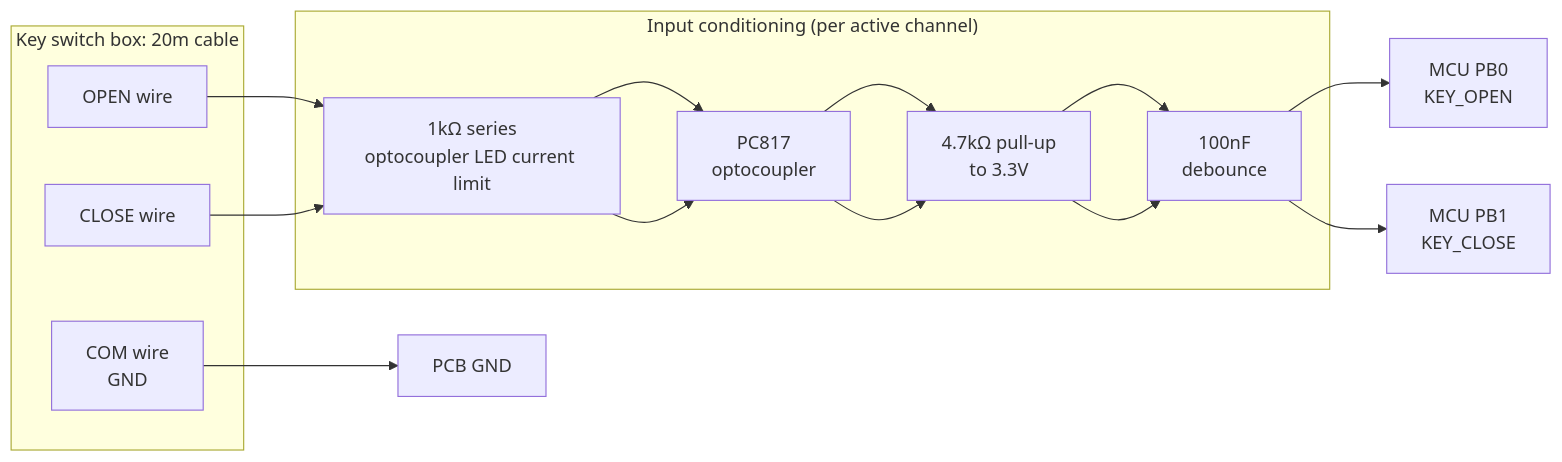
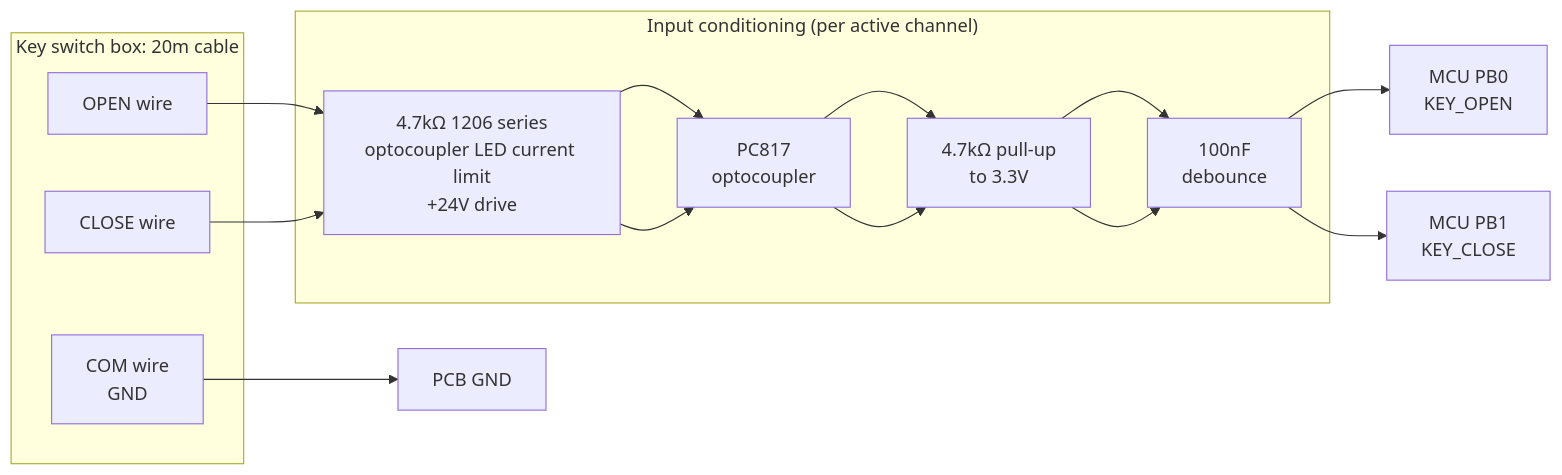
The third of 9 diagrams in DESIGN.md (gonzafernan/pool-cover-control), drawn with Mermaid before and after one commit. The commit also changed other lines of this file and 2 other files, not shown here.

Commit message:
feat(hardware): implement SC3 key switch and SC4 limit switch schematic

````diff
--- a/DESIGN.md
+++ b/DESIGN.md
@@ -178,19 +175,19 @@
 ```mermaid
 flowchart LR
     subgraph KEY["Key switch box: 20m cable"]
         COM["COM wire\nGND"]
         KO["OPEN wire"]
         KC["CLOSE wire"]
     end
 
     subgraph COND["Input conditioning (per active channel)"]
-        R["1kΩ series\noptocoupler LED current limit"]
+        R["4.7kΩ 1206 series\noptocoupler LED current limit\n+24V drive"]
         OC["PC817\noptocoupler"]
         PU["4.7kΩ pull-up\nto 3.3V"]
         C["100nF\ndebounce"]
     end
 
     COM --> GND_PCB["PCB GND"]
     KO --> R --> OC --> PU --> C --> MCU_KO["MCU PB0\nKEY_OPEN"]
     KC --> R --> OC --> PU --> C --> MCU_KC["MCU PB1\nKEY_CLOSE"]
 ```
````
